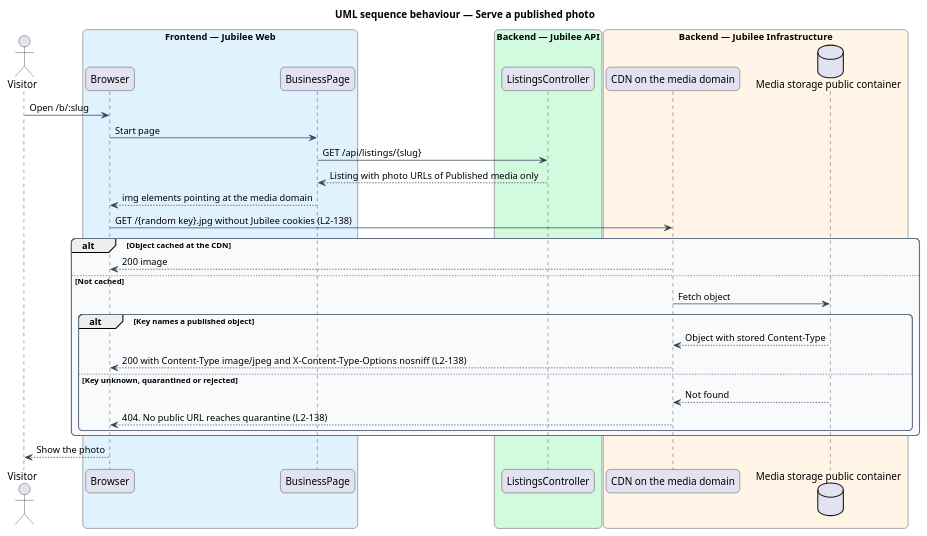
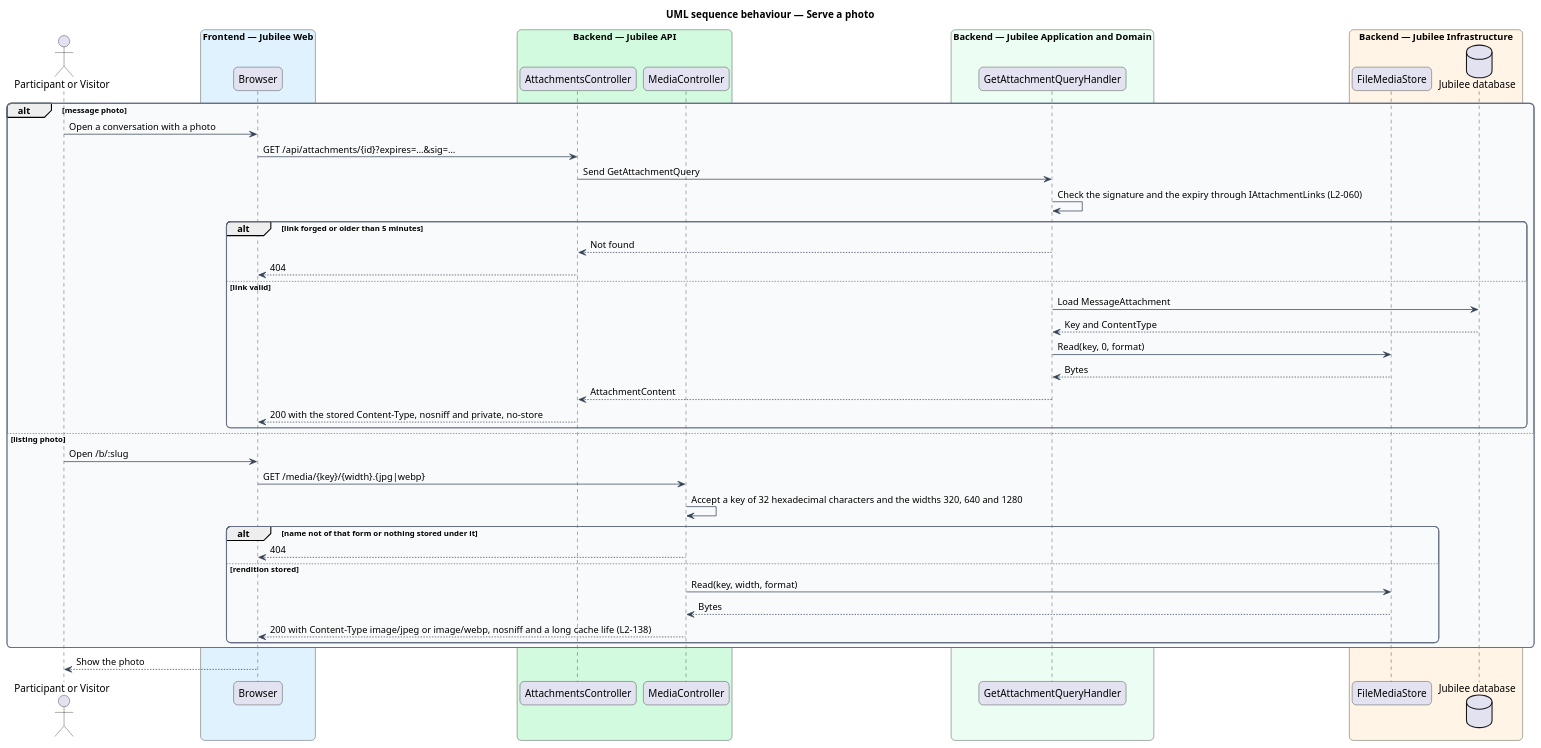
Before and after one commit to QuinntyneBrown/jubilee: the diagram in docs/detailed-designs/security/secure-uploads/diagrams/sequence-serve-photo.puml, drawn with PlantUML. The commit also changed 62 other files, not shown here.

```diff
--- a/docs/detailed-designs/security/secure-uploads/diagrams/sequence-serve-photo.puml
+++ b/docs/detailed-designs/security/secure-uploads/diagrams/sequence-serve-photo.puml
@@ -1,48 +1,61 @@
 @startuml
-title UML sequence behaviour — Serve a published photo
+title UML sequence behaviour — Serve a photo
 skinparam backgroundColor #FFFFFF
 skinparam shadowing false
 skinparam roundcorner 12
 skinparam defaultFontName Arial
 skinparam ArrowColor #344054
 skinparam rectangle {
   BorderColor #344054
   FontColor #101828
 }
 skinparam package {
   BorderColor #667085
   FontColor #101828
   BackgroundColor #F9FAFB
 }
-actor "Visitor" as user
+actor "Participant or Visitor" as user
 box "Frontend — Jubilee Web" #E0F2FE
   participant "Browser" as browser
-  participant "BusinessPage" as page
 end box
 box "Backend — Jubilee API" #D1FADF
-  participant "ListingsController" as controller
+  participant "AttachmentsController" as attachments
+  participant "MediaController" as media
+end box
+box "Backend — Jubilee Application and Domain" #ECFDF3
+  participant "GetAttachmentQueryHandler" as handler
 end box
 box "Backend — Jubilee Infrastructure" #FFF4E5
-  participant "CDN on the media domain" as cdn
-  database "Media storage public container" as media
+  participant "FileMediaStore" as store
+  database "Jubilee database" as db
 end box
-user -> browser : Open /b/:slug
-browser -> page : Start page
-page -> controller : GET /api/listings/{slug}
-controller --> page : Listing with photo URLs of Published media only
-page --> browser : img elements pointing at the media domain
-browser -> cdn : GET /{random key}.jpg without Jubilee cookies (L2-138)
-alt Object cached at the CDN
-  cdn --> browser : 200 image
-else Not cached
-  cdn -> media : Fetch object
-  alt Key names a published object
-    media --> cdn : Object with stored Content-Type
-    cdn --> browser : 200 with Content-Type image/jpeg and X-Content-Type-Options nosniff (L2-138)
-  else Key unknown, quarantined or rejected
-    media --> cdn : Not found
-    cdn --> browser : 404. No public URL reaches quarantine (L2-138)
+alt message photo
+  user -> browser : Open a conversation with a photo
+  browser -> attachments : GET /api/attachments/{id}?expires=…&sig=…
+  attachments -> handler : Send GetAttachmentQuery
+  handler -> handler : Check the signature and the expiry through IAttachmentLinks (L2-060)
+  alt link forged or older than 5 minutes
+    handler --> attachments : Not found
+    attachments --> browser : 404
+  else link valid
+    handler -> db : Load MessageAttachment
+    db --> handler : Key and ContentType
+    handler -> store : Read(key, 0, format)
+    store --> handler : Bytes
+    handler --> attachments : AttachmentContent
+    attachments --> browser : 200 with the stored Content-Type, nosniff and private, no-store
+  end
+else listing photo
+  user -> browser : Open /b/:slug
+  browser -> media : GET /media/{key}/{width}.{jpg|webp}
+  media -> media : Accept a key of 32 hexadecimal characters and the widths 320, 640 and 1280
+  alt name not of that form or nothing stored under it
+    media --> browser : 404
+  else rendition stored
+    media -> store : Read(key, width, format)
+    store --> media : Bytes
+    media --> browser : 200 with Content-Type image/jpeg or image/webp, nosniff and a long cache life (L2-138)
   end
 end
 browser --> user : Show the photo
 @enduml
```
